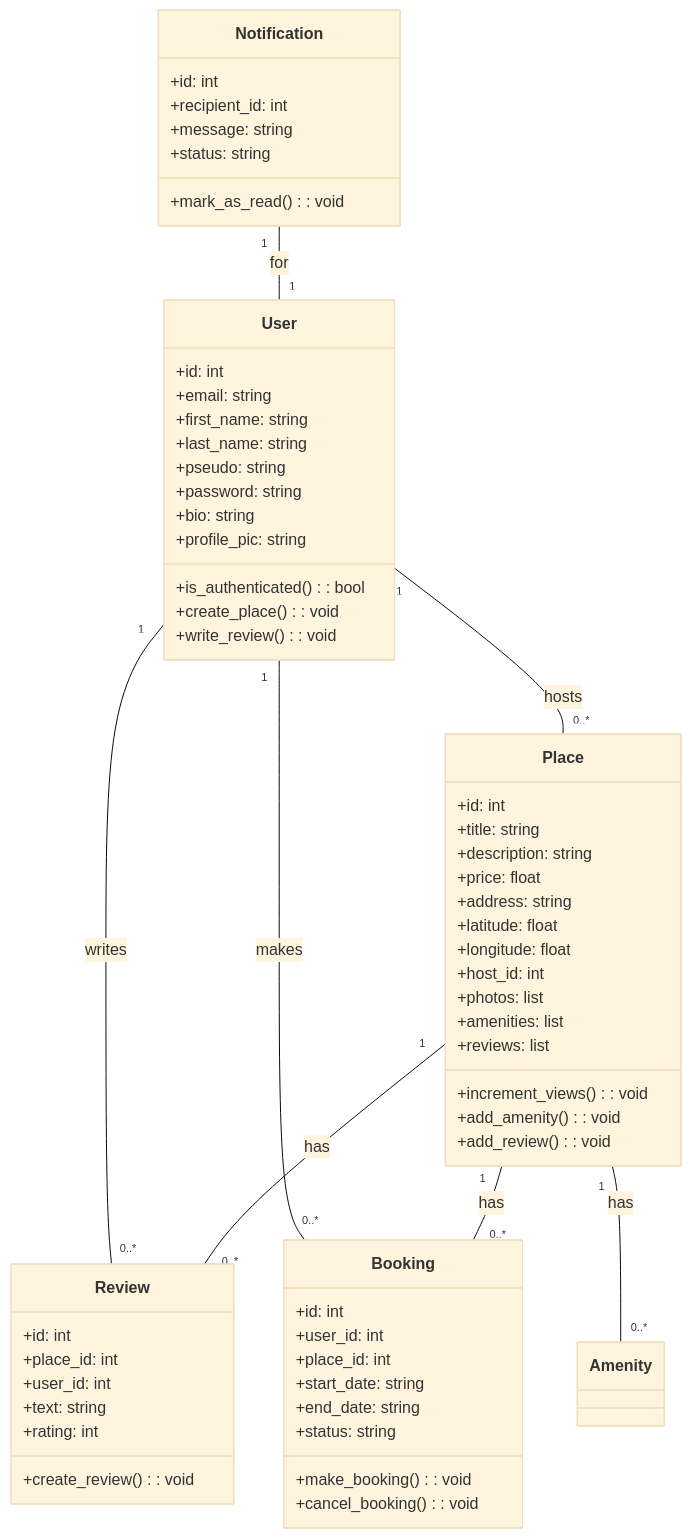
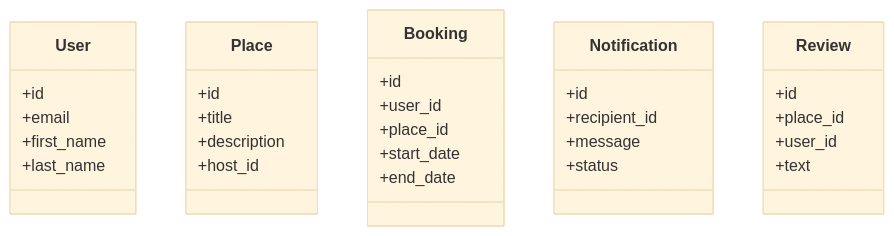
One commit to jerome244/holbertonschool-hbnb changed the second of 4 diagrams in part4/README.md. Above: the diagram before and after it, drawn with Mermaid (base theme). The commit also changed other lines of this file and 12 other files, not shown here.

````diff
--- a/part4/README.md
+++ b/part4/README.md
@@ -146,70 +155,34 @@
 ```mermaid
 classDiagram
     class User {
-        +id: int
-        +email: string
-        +first_name: string
-        +last_name: string
-        +pseudo: string
-        +password: string
-        +bio: string
-        +profile_pic: string
-        +is_authenticated(): bool
-        +create_place(): void
-        +write_review(): void
+        +id
+        +email
+        +first_name
+        +last_name
     }
-    
     class Place {
-        +id: int
-        +title: string
-        +description: string
-        +price: float
-        +address: string
-        +latitude: float
-        +longitude: float
-        +host_id: int
-        +photos: list
-        +amenities: list
-        +reviews: list
-        +increment_views(): void
-        +add_amenity(): void
-        +add_review(): void
+        +id
+        +title
+        +description
+        +host_id
     }
-    
     class Booking {
-        +id: int
-        +user_id: int
-        +place_id: int
-        +start_date: string
-        +end_date: string
-        +status: string
-        +make_booking(): void
-        +cancel_booking(): void
+        +id
+        +user_id
+        +place_id
+        +start_date
+        +end_date
     }
-    
     class Notification {
-        +id: int
-        +recipient_id: int
-        +message: string
-        +status: string
-        +mark_as_read(): void
+        +id
+        +recipient_id
+        +message
+        +status
     }
-
     class Review {
-        +id: int
-        +place_id: int
-        +user_id: int
-        +text: string
-        +rating: int
-        +create_review(): void
+        +id
+        +place_id
+        +user_id
+        +text
     }
-
-    User "1" -- "0..*" Place : hosts
-    User "1" -- "0..*" Review : writes
-    User "1" -- "0..*" Booking : makes
-    Place "1" -- "0..*" Review : has
-    Place "1" -- "0..*" Booking : has
-    Place "1" -- "0..*" Amenity : has
-    Notification "1" -- "1" User : for
-
 ```
````
